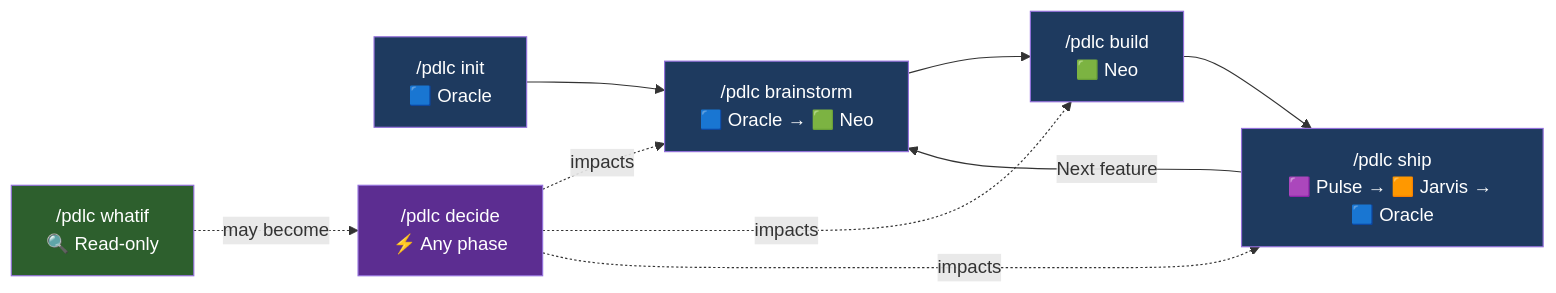
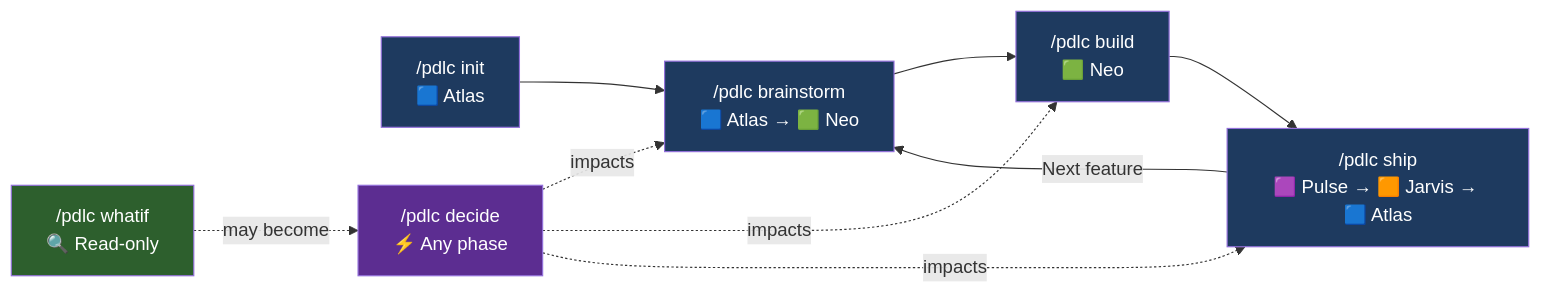
Before and after one commit to pdlc-os/pdlc: the first of 2 diagrams in docs/wiki/01-pdlc-flow.md, drawn with Mermaid. The commit also changed other lines of this file and 43 other files, not shown here.

````diff
--- a/docs/wiki/01-pdlc-flow.md
+++ b/docs/wiki/01-pdlc-flow.md
@@ -5,17 +5,17 @@
 ```mermaid
 flowchart LR
-    INIT["/pdlc init\n🟦 Oracle"] --> BRAINSTORM["/pdlc brainstorm\n🟦 Oracle → 🟩 Neo"]
+    INIT["/pdlc init\n🟦 Atlas"] --> BRAINSTORM["/pdlc brainstorm\n🟦 Atlas → 🟩 Neo"]
     BRAINSTORM --> BUILD["/pdlc build\n🟩 Neo"]
-    BUILD --> SHIP["/pdlc ship\n🟪 Pulse → 🟧 Jarvis → 🟦 Oracle"]
+    BUILD --> SHIP["/pdlc ship\n🟪 Pulse → 🟧 Jarvis → 🟦 Atlas"]
     SHIP -->|Next feature| BRAINSTORM
 
     DECISION["/pdlc decide\n⚡ Any phase"] -.->|impacts| BRAINSTORM & BUILD & SHIP
     WHATIF["/pdlc whatif\n🔍 Read-only"] -.->|may become| DECISION
 
     style INIT fill:#1e3a5f,color:#fff
     style BRAINSTORM fill:#1e3a5f,color:#fff
     style BUILD fill:#1e3a5f,color:#fff
     style SHIP fill:#1e3a5f,color:#fff
     style DECISION fill:#5c2d91,color:#fff
     style WHATIF fill:#2d5f2d,color:#fff
 ```
````
